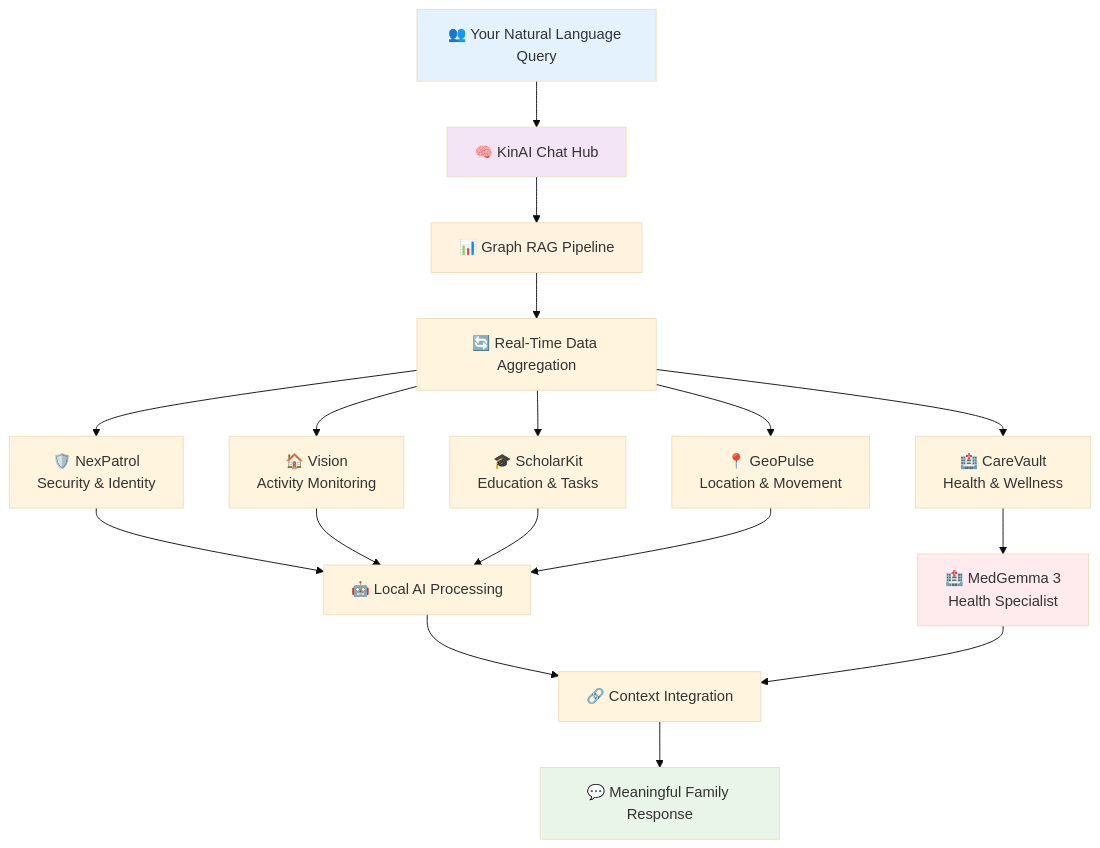
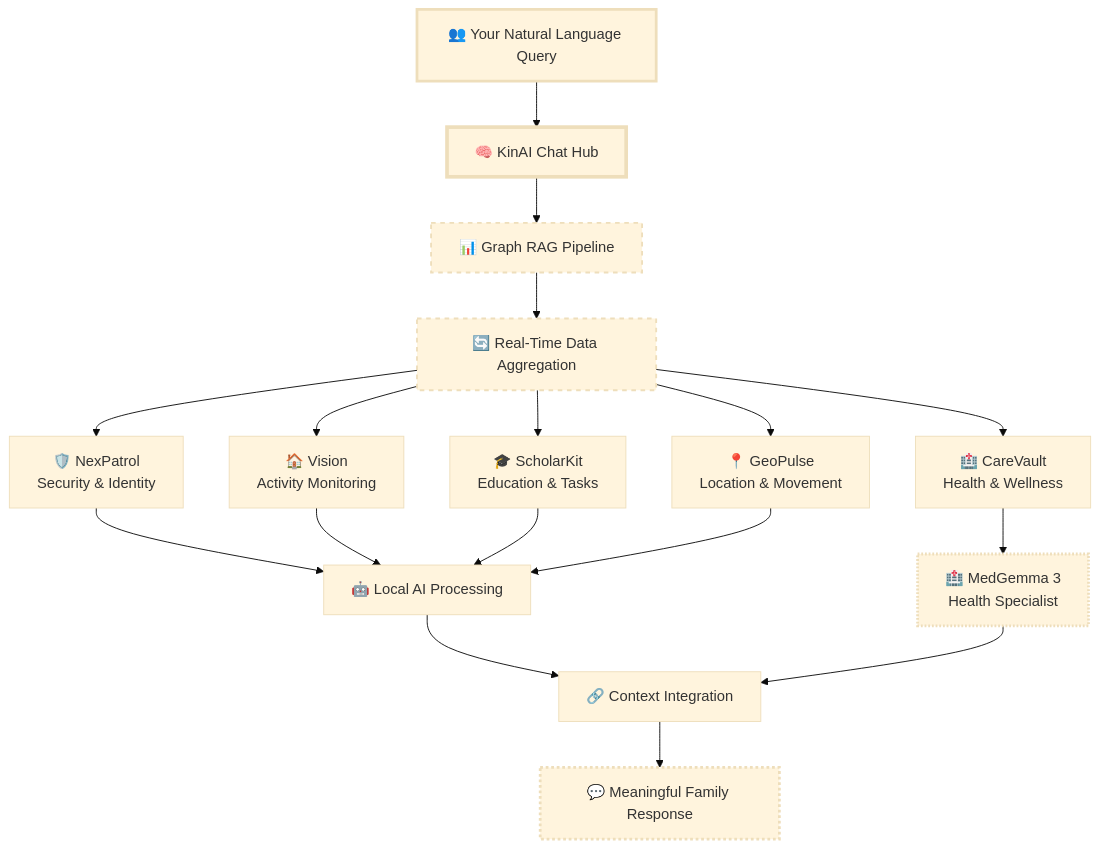
One commit to Logulokesh/KinAI-Ecosystem changed diagram 11 of 15 in README.md. Above: the diagram before and after it, drawn with Mermaid (base theme).

````diff
--- a/README.md
+++ b/README.md
@@ -619,29 +619,36 @@
 ```mermaid
 flowchart TD
     A[👥 Your Natural Language Query] --> B[🧠 KinAI Chat Hub]
     
     B --> C[📊 Graph RAG Pipeline]
     C --> D[🔄 Real-Time Data Aggregation]
     
     D --> E[🛡️ NexPatrol<br/>Security & Identity]
     D --> F[🏠 Vision<br/>Activity Monitoring]
     D --> G[🏥 CareVault<br/>Health & Wellness]
     D --> H[🎓 ScholarKit<br/>Education & Tasks]
     D --> I[📍 GeoPulse<br/>Location & Movement]
     
     E --> J[🤖 Local AI Processing]
     F --> J
     G --> K[🏥 MedGemma 3<br/>Health Specialist]
     H --> J
     I --> J
     
     J --> L[🔗 Context Integration]
     K --> L
     L --> M[💬 Meaningful Family Response]
     
-    style A fill:#e3f2fd
-    style M fill:#e8f5e8
-    style B fill:#f3e5f5
-    style C fill:#fff3e0
-    style K fill:#ffebee
+    %% Dark mode compatible styling
+    classDef input stroke-width:3px
+    classDef output stroke-width:3px,stroke-dasharray: 3 3
+    classDef hub stroke-width:4px
+    classDef pipeline stroke-width:2px,stroke-dasharray: 5 5
+    classDef specialist stroke-width:3px,stroke-dasharray: 2 2
+    
+    class A input
+    class M output
+    class B hub
+    class C,D pipeline
+    class K specialist
 ```
````
